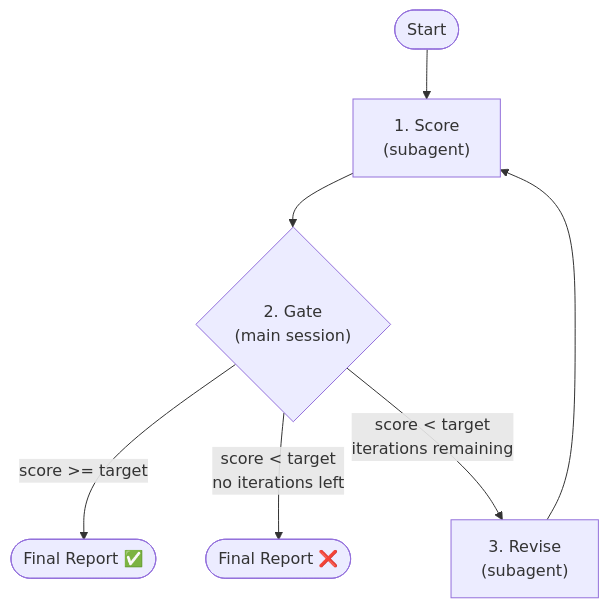
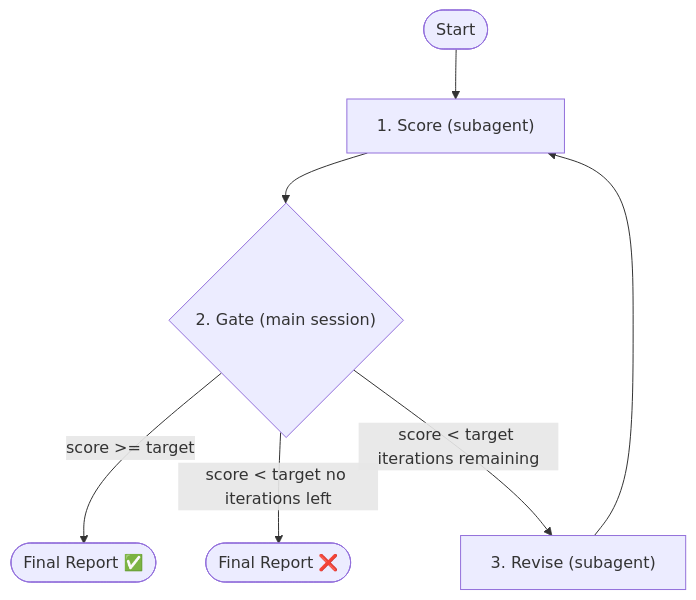
One commit to bigfaner/forge changed the diagram in plugins/zcode/skills/eval-design/SKILL.md. Above: the diagram before and after it, drawn with Mermaid. The commit also changed 3 other files, not shown here.

Commit message:
style(skills): replace \n with space in mermaid node labels

````diff
--- a/plugins/zcode/skills/eval-design/SKILL.md
+++ b/plugins/zcode/skills/eval-design/SKILL.md
@@ -29,10 +29,10 @@
 ```mermaid
 flowchart TD
-    A([Start]) --> B["1. Score\n(subagent)"]
-    B --> C{"2. Gate\n(main session)"}
+    A([Start]) --> B["1. Score (subagent)"]
+    B --> C{"2. Gate (main session)"}
     C -->|"score >= target"| E(["Final Report ✅"])
-    C -->|"score < target\nno iterations left"| F(["Final Report ❌"])
-    C -->|"score < target\niterations remaining"| D["3. Revise\n(subagent)"]
+    C -->|"score < target no iterations left"| F(["Final Report ❌"])
+    C -->|"score < target iterations remaining"| D["3. Revise (subagent)"]
     D --> B
 
 ```
````
